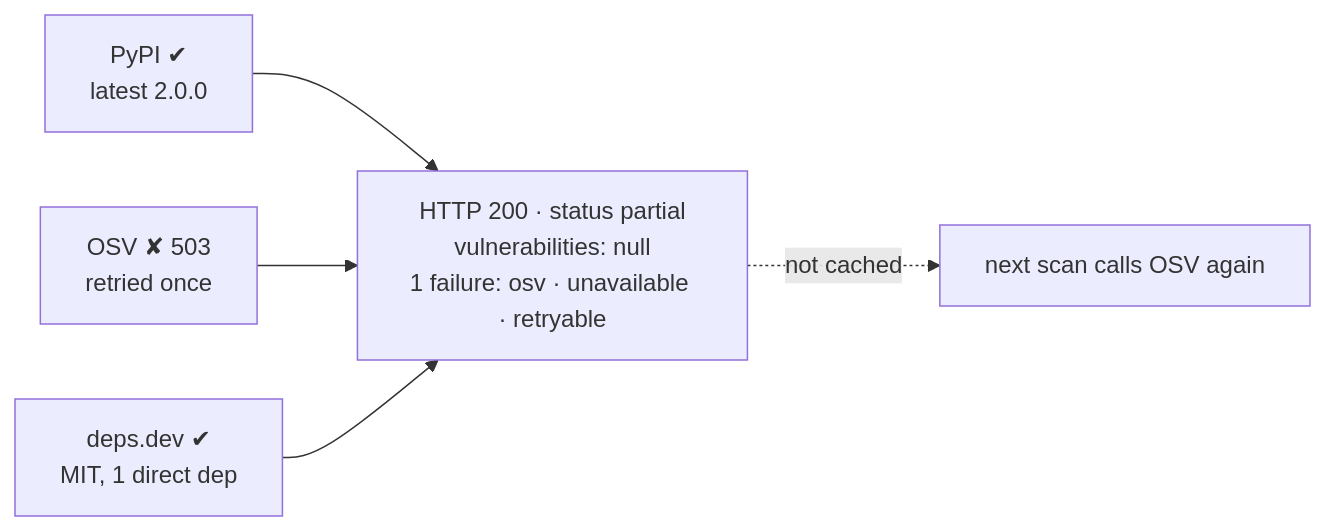
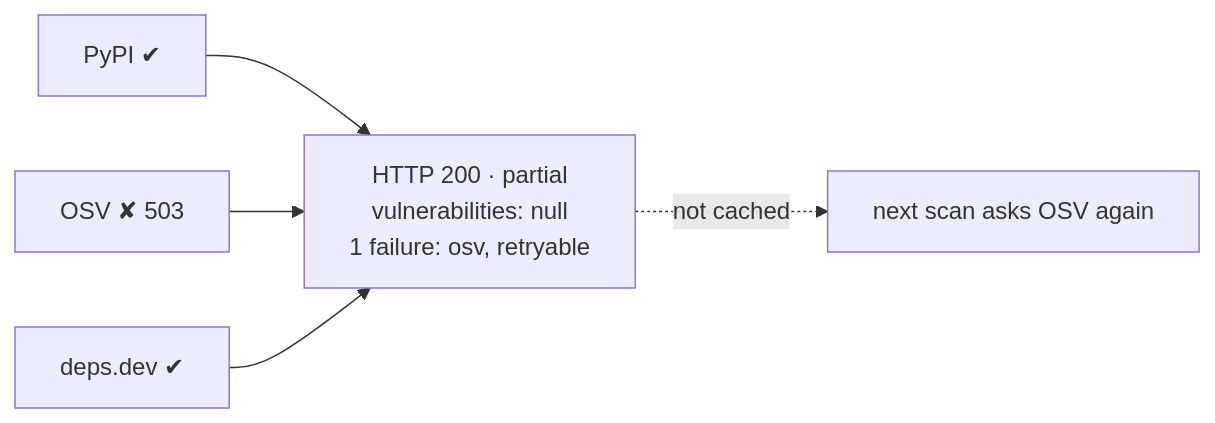
The fifth of 5 diagrams in video/presentation.md (tho-ple/MSE-AI-LAB-03), drawn with Mermaid before and after one commit. The commit also changed other lines of this file and 1 other file, not shown here.

````diff
--- a/video/presentation.md
+++ b/video/presentation.md
@@ -179,8 +104,8 @@
 ```mermaid
 flowchart LR
-    P["PyPI ✔<br/>latest 2.0.0"] --> R
-    O["OSV ✘ 503<br/>retried once"] --> R
-    D["deps.dev ✔<br/>MIT, 1 direct dep"] --> R
-    R["HTTP 200 · status partial<br/>vulnerabilities: null<br/>1 failure: osv · unavailable · retryable"]
-    R -. "not cached" .-> X["next scan calls OSV again"]
+    P["PyPI ✔"] --> R
+    O["OSV ✘ 503"] --> R
+    D["deps.dev ✔"] --> R
+    R["HTTP 200 · partial<br/>vulnerabilities: null<br/>1 failure: osv, retryable"]
+    R -. "not cached" .-> X["next scan asks OSV again"]
 ```
````
